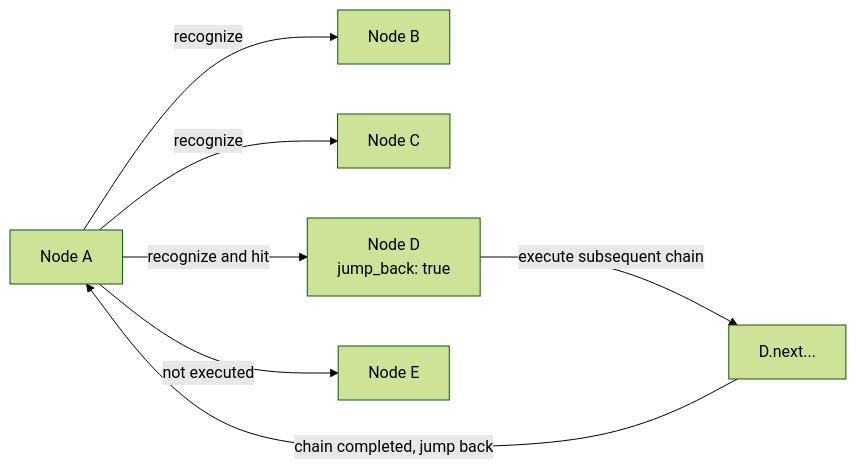
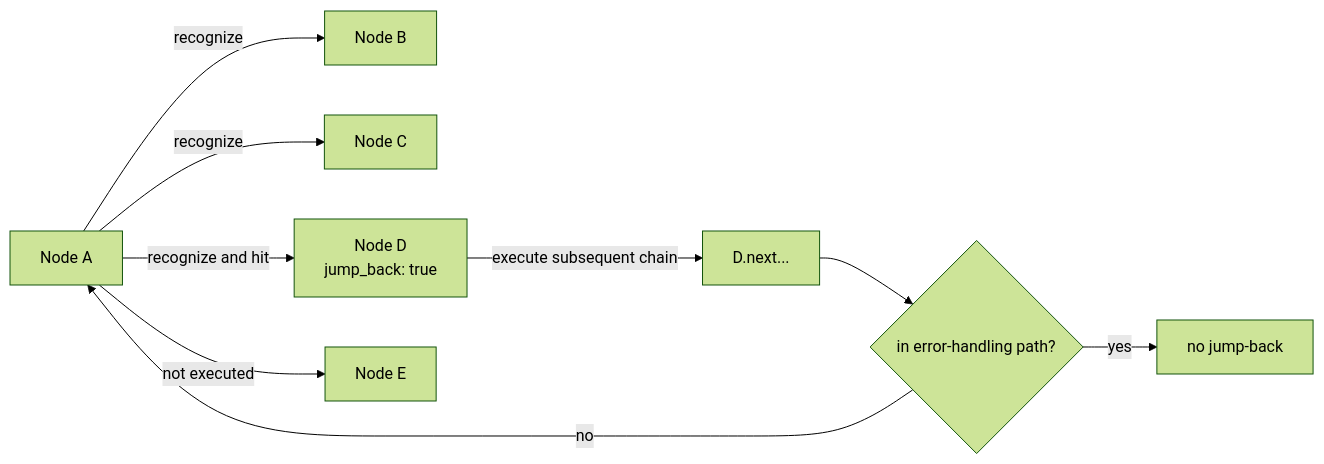
The fifth of 5 diagrams in docs/en_us/3.1-PipelineProtocol.md (MaaXYZ/MaaFramework), drawn with Mermaid (forest theme) before and after one commit. The commit also changed other lines of this file and 1 other file, not shown here.

````diff
--- a/docs/en_us/3.1-PipelineProtocol.md
+++ b/docs/en_us/3.1-PipelineProtocol.md
@@ -1405,9 +1456,11 @@
 ```mermaid
 graph LR
     A[Node A] -->|recognize| B[Node B]
     A -->|recognize| C[Node C]
     A -->|recognize and hit| D[Node D<br/>jump_back: true]
     A -->|not executed| E[Node E]
     D -->|execute subsequent chain| F[D.next...]
-    F -->|chain completed, jump back| A
+    F --> G{in error-handling path?}
+    G -->|no| A
+    G -->|yes| H[no jump-back]
 ```
````
